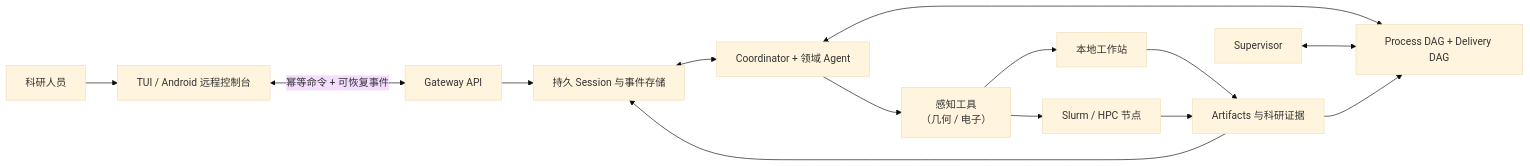
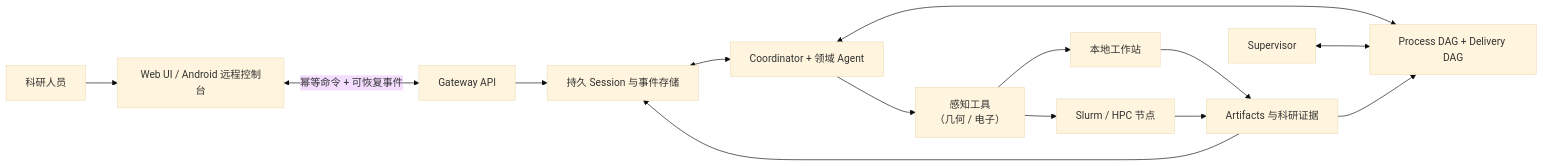
One commit to jiajia-jun/Cloudra-mechanism-agent changed the diagram in README_CN.md. Above: the diagram before and after it, drawn with Mermaid (base theme). The commit also changed other lines of this file and 60 other files, not shown here.

````diff
--- a/README_CN.md
+++ b/README_CN.md
@@ -98,16 +98,16 @@
 ```mermaid
 flowchart LR
-    U["科研人员"] --> C["TUI / Android 远程控制台"]
+    U["科研人员"] --> C["Web UI / Android 远程控制台"]
     C <-->|"幂等命令 + 可恢复事件"| G["Gateway API"]
     G --> S["持久 Session 与事件存储"]
     S <--> A["Coordinator + 领域 Agent"]
     A --> P["感知工具<br/>（几何 / 电子）"]
     A <--> D2["Process DAG + Delivery DAG"]
     SV["Supervisor"] <--> D2
     P --> L["本地工作站"]
     P --> H["Slurm / HPC 节点"]
     L --> R["Artifacts 与科研证据"]
     H --> R
     R --> D2
     R --> S
 ```
````
